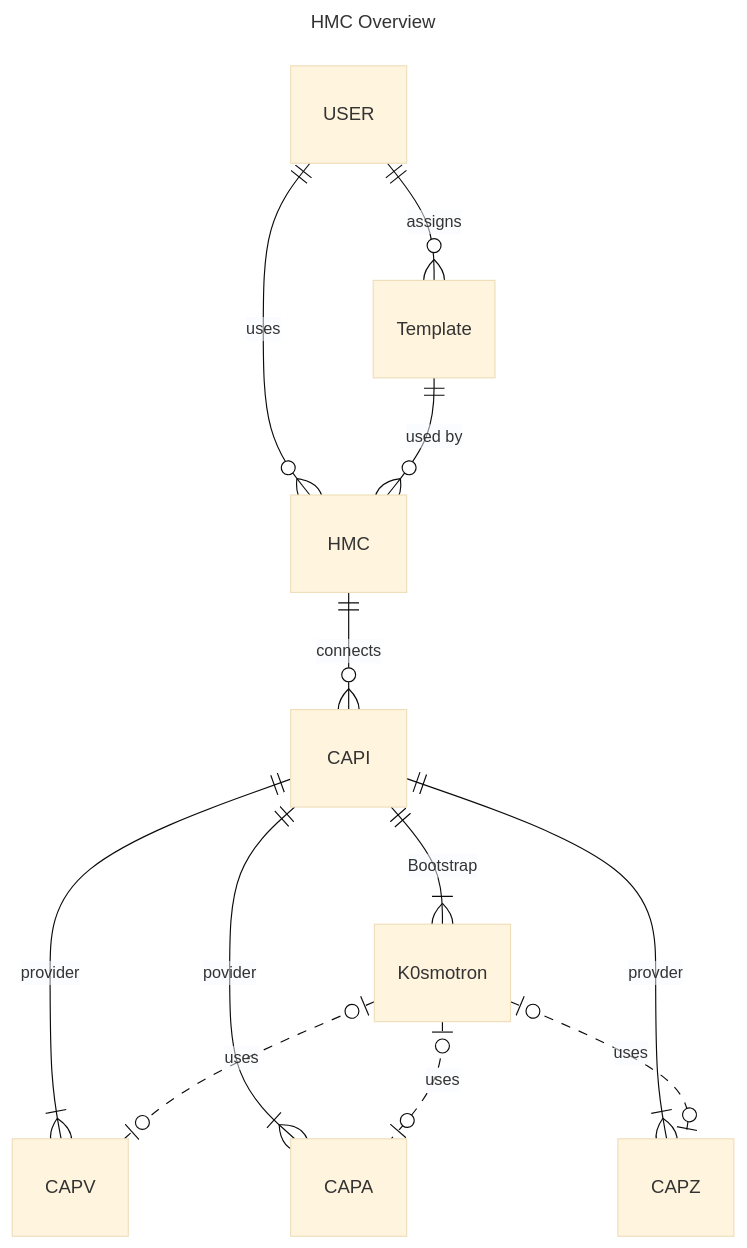
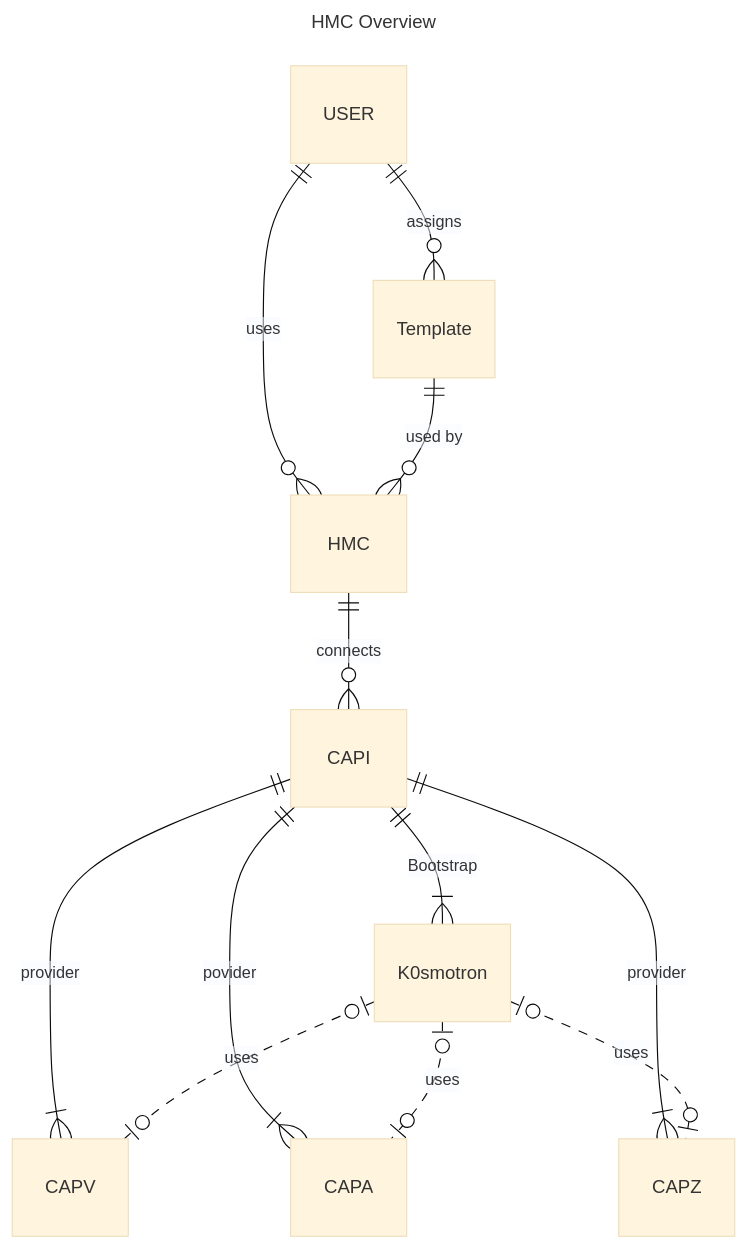
One commit to Mirantis/hmc changed the diagram in docs/introduction.md. Above: the diagram before and after it, drawn with Mermaid (base theme).

````diff
--- a/docs/introduction.md
+++ b/docs/introduction.md
@@ -3,17 +3,17 @@
 ```mermaid
 ---
 title: HMC Overview
 ---
 erDiagram
     USER ||--o{ HMC : uses
     USER ||--o{ Template : assigns
     Template ||--o{ HMC : "used by"
     HMC ||--o{ CAPI : connects
     CAPI ||--|{ CAPV : provider
     CAPI ||--|{ CAPA : povider
-    CAPI ||--|{ CAPZ : provder
+    CAPI ||--|{ CAPZ : provider
     CAPI ||--|{ K0smotron : Bootstrap
     K0smotron |o..o| CAPV : uses
     K0smotron |o..o| CAPA : uses
     K0smotron |o..o| CAPZ : uses
 ```
````
